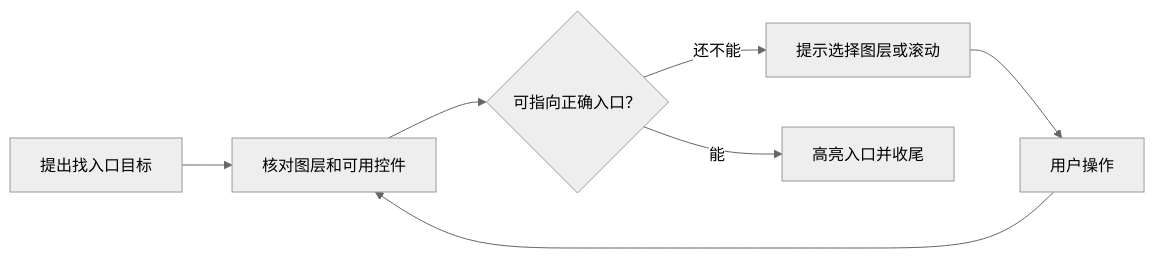
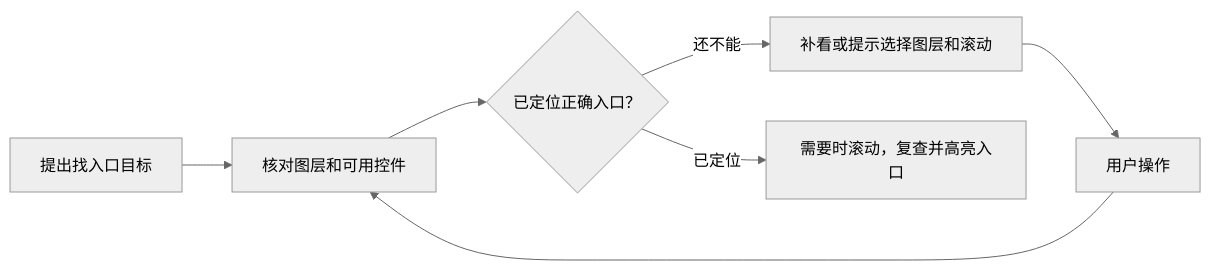
One commit to chuzhitairan/webguide-ai changed the first of 4 diagrams in docs/requirements/WebGuideAI-SRS-v0.3.md. Above: the diagram before and after it, drawn with Mermaid (neutral theme). The commit also changed other lines of this file and 14 other files, not shown here.

````diff
--- a/docs/requirements/WebGuideAI-SRS-v0.3.md
+++ b/docs/requirements/WebGuideAI-SRS-v0.3.md
@@ -97,8 +97,8 @@
 ```mermaid
 flowchart LR
   A["提出找入口目标"] --> B["核对图层和可用控件"]
-  B --> C{"可指向正确入口？"}
-  C -- "还不能" --> D["提示选择图层或滚动"]
+  B --> C{"已定位正确入口？"}
+  C -- "还不能" --> D["补看或提示选择图层和滚动"]
   D --> E["用户操作"] --> B
-  C -- "能" --> F["高亮入口并收尾"]
+  C -- "已定位" --> F["需要时滚动，复查并高亮入口"]
 ```
````
